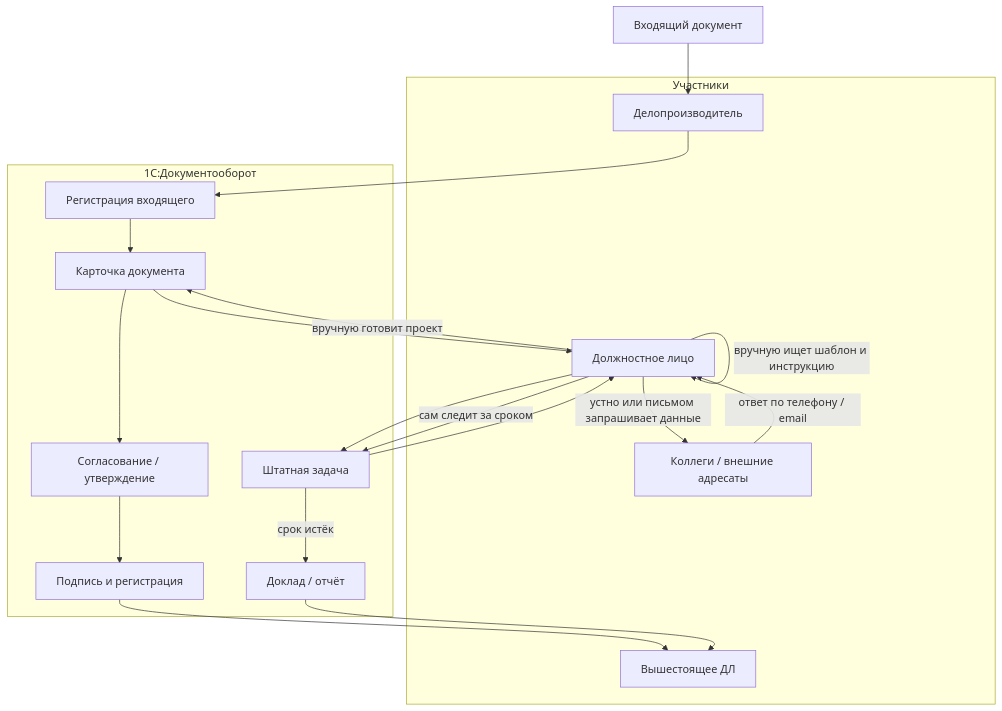
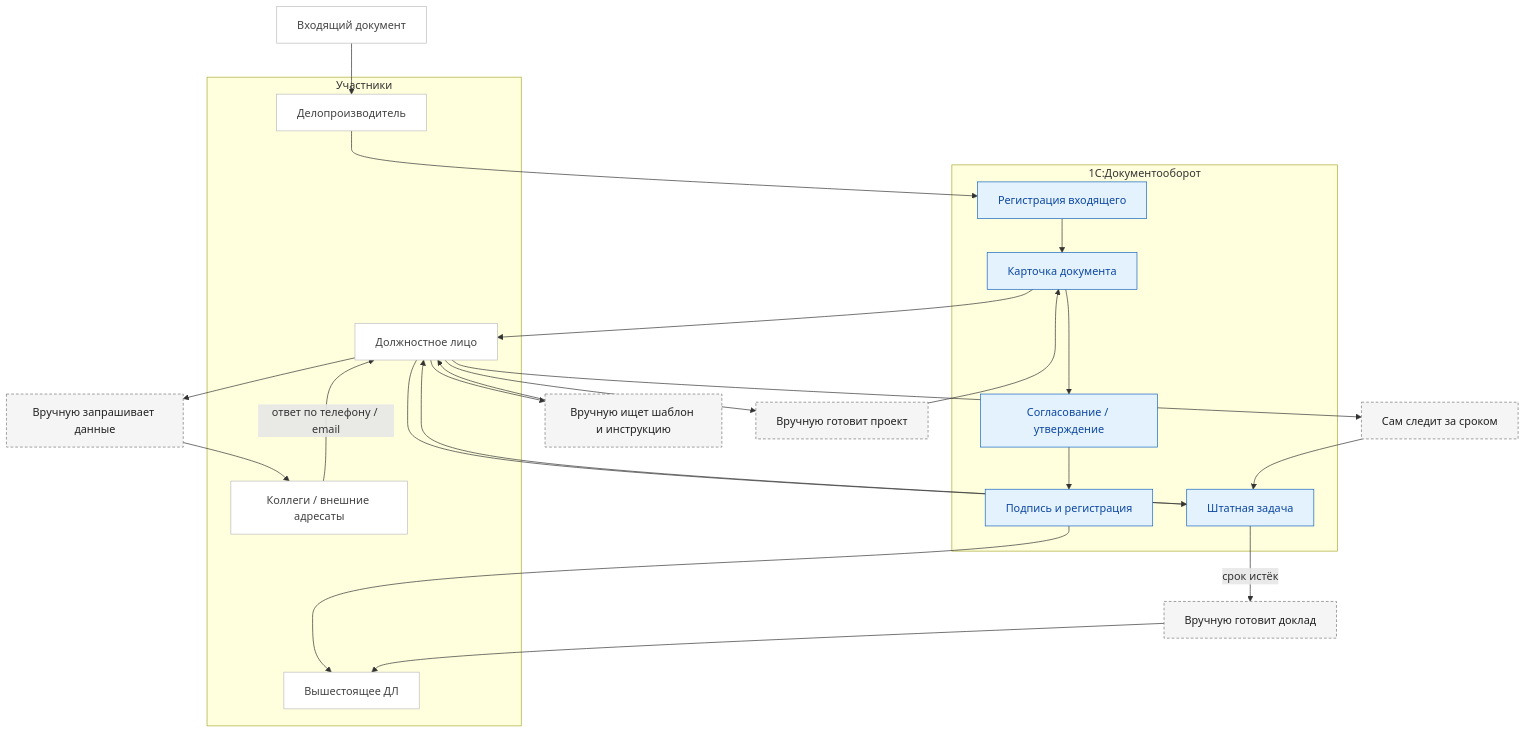
One commit to igorvolk1961/ai_scrivener changed the first of 16 diagrams in docs/process-diagrams.md. Above: the diagram before and after it, drawn with Mermaid. The commit also changed other lines of this file and 16 other files, not shown here.

First line of the commit message:
Reorganize docs, add C4 model and color process diagrams

````diff
--- a/docs/process-diagrams.md
+++ b/docs/process-diagrams.md
@@ -23,30 +35,39 @@
 ```mermaid
 flowchart TD
   subgraph P1["Участники"]
     SEC["Делопроизводитель"]
     DL["Должностное лицо"]
     COL["Коллеги / внешние адресаты"]
     SUP["Вышестоящее ДЛ"]
   end
   subgraph S1["1С:Документооборот"]
     REG["Регистрация входящего"]
     CARD["Карточка документа"]
     TASK["Штатная задача"]
     APPR["Согласование / утверждение"]
     SIGN["Подпись и регистрация"]
-    REPORT["Доклад / отчёт"]
   end
-  A["Входящий документ"] --> SEC
+  A["Входящий документ"]
+  SEARCH["Вручную ищет шаблон и инструкцию"]
+  ASK["Вручную запрашивает данные"]
+  PREP["Вручную готовит проект"]
+  TRACK["Сам следит за сроком"]
+  REPORT["Вручную готовит доклад"]
+  A --> SEC
   SEC --> REG --> CARD --> DL
   DL --> TASK
   TASK --> DL
-  DL -->|"вручную ищет шаблон и инструкцию"| DL
-  DL -->|"устно или письмом запрашивает данные"| COL
+  DL --> SEARCH --> DL
+  DL --> ASK --> COL
   COL -->|"ответ по телефону / email"| DL
-  DL -->|"вручную готовит проект"| CARD
-  CARD --> APPR --> SIGN
-  SIGN --> SUP
-  DL -->|"сам следит за сроком"| TASK
-  TASK -->|"срок истёк"| REPORT
-  REPORT --> SUP
+  DL --> PREP --> CARD
+  CARD --> APPR --> SIGN --> SUP
+  DL --> TRACK --> TASK
+  TASK -->|"срок истёк"| REPORT --> SUP
+  classDef base fill:#E3F2FD,stroke:#1565C0,color:#0D47A1
+  classDef manual fill:#F5F5F5,stroke:#757575,color:#212121,stroke-dasharray: 4 3
+  classDef actor fill:#FFFFFF,stroke:#BDBDBD,color:#424242
+  class SEC,DL,COL,SUP,A actor
+  class REG,CARD,TASK,APPR,SIGN base
+  class SEARCH,ASK,PREP,TRACK,REPORT manual
 ```
````
